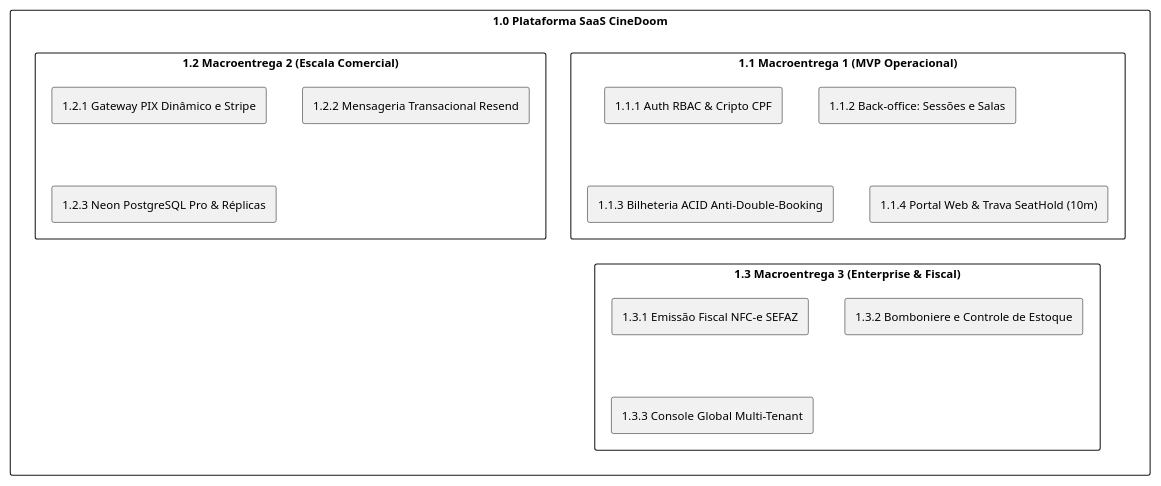
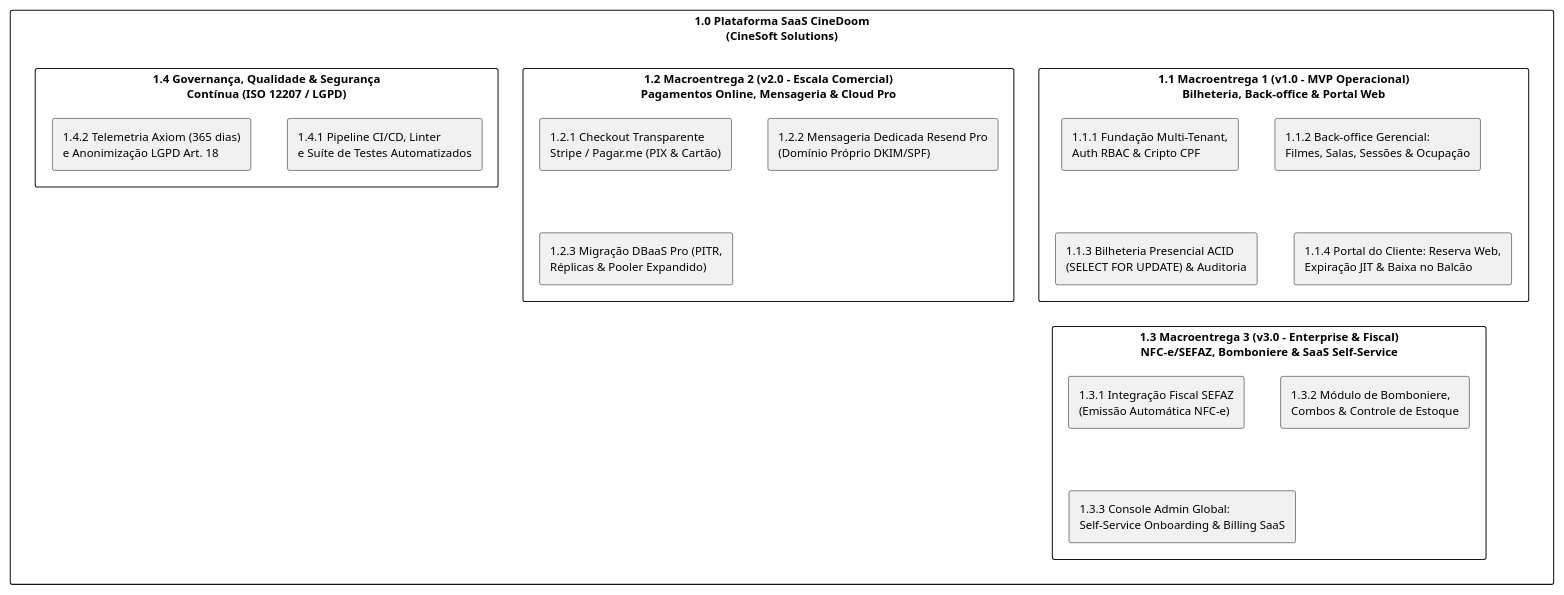
One commit to CINESOFT-SOLUTIONS/manual-processos-software changed the diagram in assets/capitulo-04/diagramas/eap-projeto-3-niveis.puml. Above: the diagram before and after it, drawn with PlantUML. The commit also changed 69 other files, not shown here.

```diff
--- a/assets/capitulo-04/diagramas/eap-projeto-3-niveis.puml
+++ b/assets/capitulo-04/diagramas/eap-projeto-3-niveis.puml
@@ -1,26 +1,30 @@
 @startuml
 skinparam monochrome true
 skinparam shadowing false
 skinparam defaultFontName Helvetica
 skinparam defaultFontSize 11
 skinparam roundcorner 4
 
-rectangle "1.0 Plataforma SaaS CineDoom" as Root {
-  rectangle "1.1 Macroentrega 1 (MVP Operacional)" as M1 {
-    rectangle "1.1.1 Auth RBAC & Cripto CPF" as M1_1
-    rectangle "1.1.2 Back-office: Sessões e Salas" as M1_2
-    rectangle "1.1.3 Bilheteria ACID Anti-Double-Booking" as M1_3
-    rectangle "1.1.4 Portal Web & Trava SeatHold (10m)" as M1_4
+rectangle "1.0 Plataforma SaaS CineDoom\n(CineSoft Solutions)" as Root {
+  rectangle "1.1 Macroentrega 1 (v1.0 - MVP Operacional)\nBilheteria, Back-office & Portal Web" as M1 {
+    rectangle "1.1.1 Fundação Multi-Tenant,\nAuth RBAC & Cripto CPF" as M1_1
+    rectangle "1.1.2 Back-office Gerencial:\nFilmes, Salas, Sessões & Ocupação" as M1_2
+    rectangle "1.1.3 Bilheteria Presencial ACID\n(SELECT FOR UPDATE) & Auditoria" as M1_3
+    rectangle "1.1.4 Portal do Cliente: Reserva Web,\nExpiração JIT & Baixa no Balcão" as M1_4
   }
-  rectangle "1.2 Macroentrega 2 (Escala Comercial)" as M2 {
-    rectangle "1.2.1 Gateway PIX Dinâmico e Stripe" as M2_1
-    rectangle "1.2.2 Mensageria Transacional Resend" as M2_2
-    rectangle "1.2.3 Neon PostgreSQL Pro & Réplicas" as M2_3
+  rectangle "1.2 Macroentrega 2 (v2.0 - Escala Comercial)\nPagamentos Online, Mensageria & Cloud Pro" as M2 {
+    rectangle "1.2.1 Checkout Transparente\nStripe / Pagar.me (PIX & Cartão)" as M2_1
+    rectangle "1.2.2 Mensageria Dedicada Resend Pro\n(Domínio Próprio DKIM/SPF)" as M2_2
+    rectangle "1.2.3 Migração DBaaS Pro (PITR,\nRéplicas & Pooler Expandido)" as M2_3
   }
-  rectangle "1.3 Macroentrega 3 (Enterprise & Fiscal)" as M3 {
-    rectangle "1.3.1 Emissão Fiscal NFC-e SEFAZ" as M3_1
-    rectangle "1.3.2 Bomboniere e Controle de Estoque" as M3_2
-    rectangle "1.3.3 Console Global Multi-Tenant" as M3_3
+  rectangle "1.3 Macroentrega 3 (v3.0 - Enterprise & Fiscal)\nNFC-e/SEFAZ, Bomboniere & SaaS Self-Service" as M3 {
+    rectangle "1.3.1 Integração Fiscal SEFAZ\n(Emissão Automática NFC-e)" as M3_1
+    rectangle "1.3.2 Módulo de Bomboniere,\nCombos & Controle de Estoque" as M3_2
+    rectangle "1.3.3 Console Admin Global:\nSelf-Service Onboarding & Billing SaaS" as M3_3
+  }
+  rectangle "1.4 Governança, Qualidade & Segurança\nContínua (ISO 12207 / LGPD)" as GOV {
+    rectangle "1.4.1 Pipeline CI/CD, Linter\ne Suíte de Testes Automatizados" as GOV_1
+    rectangle "1.4.2 Telemetria Axiom (365 dias)\ne Anonimização LGPD Art. 18" as GOV_2
   }
 }
 @enduml
```
